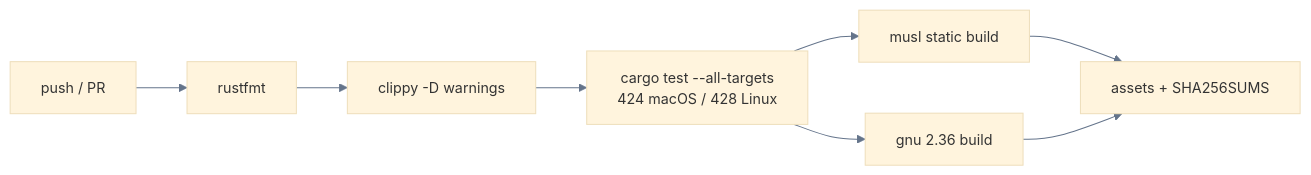
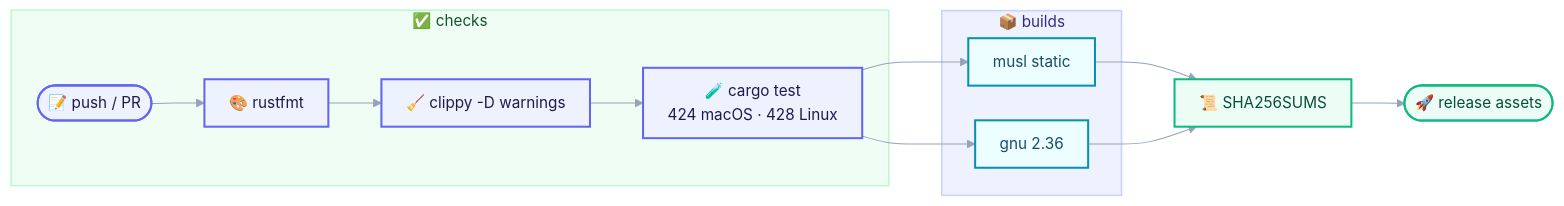
One commit to Terutoki/MyQUIC2 changed diagram 25 of 25 in README.md. Above: the diagram before and after it, drawn with Mermaid. The commit also changed other lines of this file, not shown here.

First line of the commit message:
docs(readme): redraw the Mermaid atlas with a polished visual system

````diff
--- a/README.md
+++ b/README.md
@@ -937,11 +1119,32 @@
 ```mermaid
-%%{init: {"theme":"base","themeVariables":{"fontSize":"14px","lineColor":"#64748b"}}}%%
+%%{init: {"theme":"base","themeVariables":{"fontSize":"15px","primaryColor":"#eef2ff","primaryTextColor":"#0f172a","primaryBorderColor":"#6366f1","lineColor":"#94a3b8","secondaryColor":"#ecfeff","tertiaryColor":"#fff7ed","edgeLabelBackground":"#ffffff","clusterBkg":"#f8fafc","clusterBorder":"#e2e8f0","mainBkg":"#ffffff","noteBkgColor":"#eff6ff","noteBorderColor":"#93c5fd","noteTextColor":"#1e3a8a"},"flowchart":{"curve":"basis","nodeSpacing":34,"rankSpacing":52,"padding":12,"htmlLabels":true}} }%%
 flowchart LR
-C["push / PR"] --> F["rustfmt"]
-    F --> CL["clippy -D warnings"]
-    CL --> T["cargo test --all-targets<br/>424 macOS / 428 Linux"]
-    T --> M["musl static build"]
-    T --> G["gnu 2.36 build"]
-    M --> A["assets + SHA256SUMS"]
+subgraph CHECK["✅ checks"]
+        C(["📝 push / PR"]) --> F["🎨 rustfmt"]
+        F --> L["🧹 clippy -D warnings"]
+        L --> T["🧪 cargo test<br/>424 macOS · 428 Linux"]
+    end
+    subgraph BUILD["📦 builds"]
+        M["musl static"]
+        G["gnu 2.36"]
+    end
+    T --> M
+    T --> G
+    M --> A["📜 SHA256SUMS"]
     G --> A
+    A --> R(["🚀 release assets"])
+    class C,F,L,T coreC
+    class M,G wireC
+    class A,R clientC
+    style CHECK fill:#f0fdf4,stroke:#bbf7d0,stroke-width:1.5px,color:#14532d
+    style BUILD fill:#eef2ff,stroke:#c7d2fe,stroke-width:1.5px,color:#312e81
+
+    classDef clientC fill:#ecfdf5,stroke:#10b981,stroke-width:2px,color:#064e3b
+    classDef coreC fill:#eef2ff,stroke:#6366f1,stroke-width:2px,color:#1e1b4b
+    classDef wireC fill:#ecfeff,stroke:#0891b2,stroke-width:2px,color:#164e63
+    classDef warmC fill:#fff7ed,stroke:#f97316,stroke-width:2px,color:#7c2d12
+    classDef dangerC fill:#fff1f2,stroke:#e11d48,stroke-width:2px,color:#881337
+    classDef muteC fill:#f8fafc,stroke:#cbd5e1,color:#475569
+    classDef noteC fill:#f5f3ff,stroke:#8b5cf6,stroke-width:1.5px,color:#4c1d95
+    classDef decisionC fill:#fef3c7,stroke:#d97706,stroke-width:2px,color:#78350f
 ```
````
